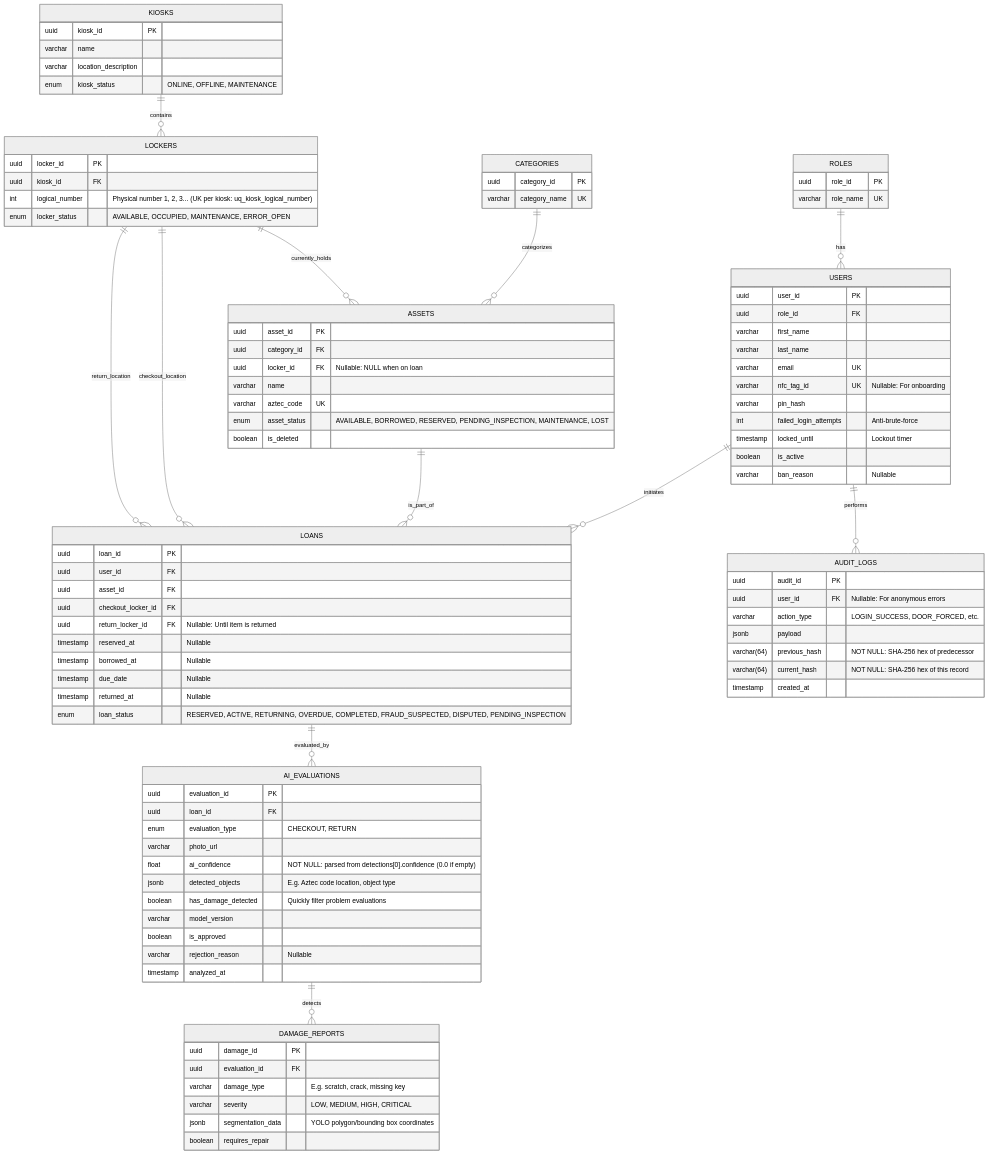
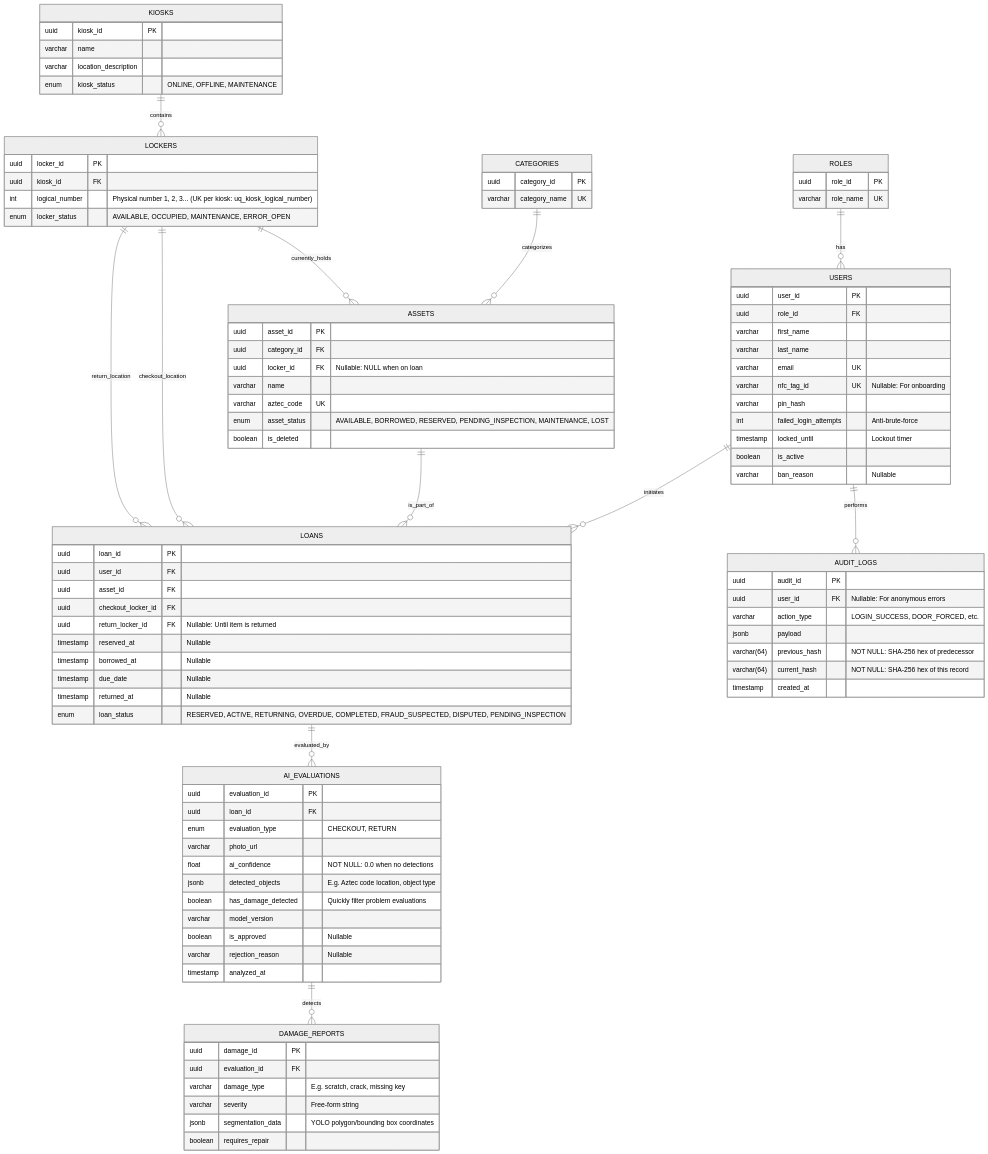
One commit to easylend-practice-enterprise/easylend changed the diagram in docs/erd.mmd. Above: the diagram before and after it, drawn with Mermaid (neutral theme). The commit also changed 2 other files, not shown here.

```diff
--- a/docs/erd.mmd
+++ b/docs/erd.mmd
@@ -1,116 +1,116 @@
 erDiagram
     %% Lookup Tables
     ROLES ||--o{ USERS : has
     CATEGORIES ||--o{ ASSETS : categorizes
     
     %% Infrastructure
     KIOSKS ||--o{ LOCKERS : contains
     LOCKERS ||--o{ ASSETS : currently_holds
     
     %% Transactions
     USERS ||--o{ LOANS : initiates
     ASSETS ||--o{ LOANS : is_part_of
     LOCKERS ||--o{ LOANS : checkout_location
     LOCKERS ||--o{ LOANS : return_location
     
     %% Analyses, Security & AI
     LOANS ||--o{ AI_EVALUATIONS : evaluated_by
     AI_EVALUATIONS ||--o{ DAMAGE_REPORTS : detects
     USERS ||--o{ AUDIT_LOGS : performs
     
     ROLES {
         uuid role_id PK
         varchar role_name UK
     }
     
     CATEGORIES {
         uuid category_id PK
         varchar category_name UK
     }
     
     USERS {
         uuid user_id PK
         uuid role_id FK
         varchar first_name
         varchar last_name
         varchar email UK
         varchar nfc_tag_id UK "Nullable: For onboarding"
         varchar pin_hash
         int failed_login_attempts "Anti-brute-force"
         timestamp locked_until "Lockout timer"
         boolean is_active
         varchar ban_reason "Nullable"
     }
     
     KIOSKS {
         uuid kiosk_id PK
         varchar name
         varchar location_description
         enum kiosk_status "ONLINE, OFFLINE, MAINTENANCE"
     }
 
     LOCKERS {
         uuid locker_id PK
         uuid kiosk_id FK
         int logical_number "Physical number 1, 2, 3... (UK per kiosk: uq_kiosk_logical_number)"
         enum locker_status "AVAILABLE, OCCUPIED, MAINTENANCE, ERROR_OPEN"
     }
     
     ASSETS {
         uuid asset_id PK
         uuid category_id FK
         uuid locker_id FK "Nullable: NULL when on loan"
         varchar name
         varchar aztec_code UK
         enum asset_status "AVAILABLE, BORROWED, RESERVED, PENDING_INSPECTION, MAINTENANCE, LOST"
         boolean is_deleted
     }
     
     LOANS {
         uuid loan_id PK
         uuid user_id FK
         uuid asset_id FK
         uuid checkout_locker_id FK
         uuid return_locker_id FK "Nullable: Until item is returned"
         timestamp reserved_at "Nullable"
         timestamp borrowed_at "Nullable"
         timestamp due_date "Nullable"
         timestamp returned_at "Nullable"
         enum loan_status "RESERVED, ACTIVE, RETURNING, OVERDUE, COMPLETED, FRAUD_SUSPECTED, DISPUTED, PENDING_INSPECTION"
     }
     %% (*) RETURNING is a pre-vision mutex set by POST /loans/return/initiate.
     %%     It prevents duplicate return initiations and is enforced by POST /vision/analyze
     %%     (409 if loan_status != RETURNING for a RETURN evaluation).
     
     AI_EVALUATIONS {
         uuid evaluation_id PK
         uuid loan_id FK
         enum evaluation_type "CHECKOUT, RETURN"
         varchar photo_url
-        float ai_confidence "NOT NULL: parsed from detections[0].confidence (0.0 if empty)"
+        float ai_confidence "NOT NULL: 0.0 when no detections"
         jsonb detected_objects "E.g. Aztec code location, object type"
         boolean has_damage_detected "Quickly filter problem evaluations"
         varchar model_version
-        boolean is_approved
+        boolean is_approved "Nullable"
         varchar rejection_reason "Nullable"
         timestamp analyzed_at
     }
 
     DAMAGE_REPORTS {
         uuid damage_id PK
         uuid evaluation_id FK
         varchar damage_type "E.g. scratch, crack, missing key"
-        varchar severity "LOW, MEDIUM, HIGH, CRITICAL"
+        varchar severity "Free-form string"
         jsonb segmentation_data "YOLO polygon/bounding box coordinates"
         boolean requires_repair
     }
     
     AUDIT_LOGS {
         uuid audit_id PK
         uuid user_id FK "Nullable: For anonymous errors"
         varchar action_type "LOGIN_SUCCESS, DOOR_FORCED, etc."
         jsonb payload
         varchar(64) previous_hash "NOT NULL: SHA-256 hex of predecessor"
         varchar(64) current_hash "NOT NULL: SHA-256 hex of this record"
         timestamp created_at
     }
```
